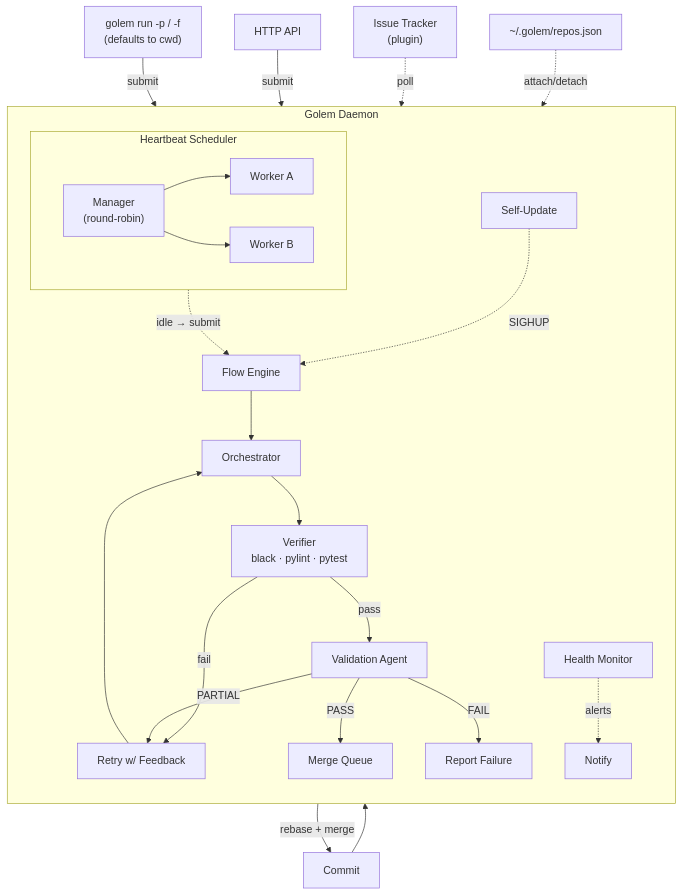
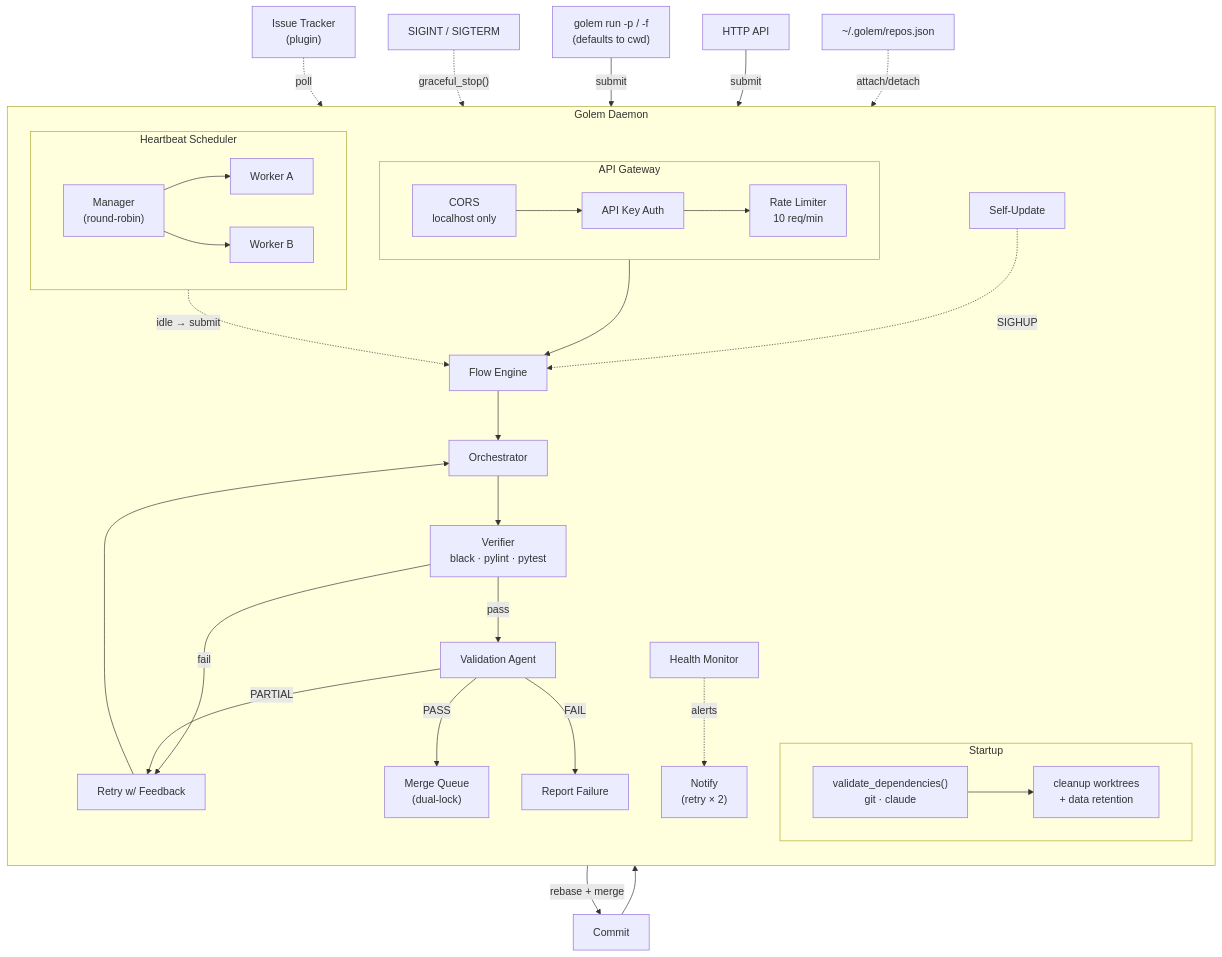
One commit to itsmeboris/Golem changed the first of 5 diagrams in docs/architecture.md. Above: the diagram before and after it, drawn with Mermaid. The commit also changed other lines of this file and 1 other file, not shown here.

Commit message:
docs: update mermaid diagrams for v0.3.0 security and startup features
- Daemon overview: add Startup (deps + cleanup), API Gateway (CORS, auth,
  rate limiter), graceful_stop signal, dual-lock on merge queue
- Profile diagram: add retry annotation on Slack/Teams notifiers
- README: add API Gateway node to simplified overview

````diff
--- a/docs/architecture.md
+++ b/docs/architecture.md
@@ -15,35 +15,46 @@
 ```mermaid
 flowchart TB
-    cli["golem run -p / -f<br/>(defaults to cwd)"] -- submit --> flow
-    api["HTTP API"] -- submit --> flow
+    cli["golem run -p / -f<br/>(defaults to cwd)"] -- submit --> api_gw
+    api["HTTP API"] -- submit --> api_gw
     tracker["Issue Tracker<br/>(plugin)"] -. poll .-> flow
 
     subgraph daemon ["Golem Daemon"]
         direction TB
 
-        flow["Flow Engine"]
+        subgraph startup ["Startup"]
+            direction LR
+            deps["validate_dependencies()<br/>git · claude"] --> cleanup["cleanup worktrees<br/>+ data retention"]
+        end
+
+        subgraph api_gw ["API Gateway"]
+            direction LR
+            cors["CORS<br/>localhost only"] --> auth["API Key Auth"] --> rl["Rate Limiter<br/>10 req/min"]
+        end
+
+        api_gw --> flow["Flow Engine"]
         flow --> orch["Orchestrator"]
 
         orch --> vfy["Verifier<br/>black · pylint · pytest"]
         vfy -- pass --> val["Validation Agent"]
         vfy -- fail --> retry["Retry w/ Feedback"]
         retry --> orch
 
-        val -- PASS --> mq["Merge Queue"]
+        val -- PASS --> mq["Merge Queue<br/>(dual-lock)"]
         val -- PARTIAL --> retry
         val -- FAIL --> report["Report Failure"]
 
         subgraph hb ["Heartbeat Scheduler"]
             direction LR
             sched["Manager<br/>(round-robin)"] --> w1["Worker A"]
             sched --> w2["Worker B"]
         end
         hb -. "idle → submit" .-> flow
         su["Self-Update"] -. SIGHUP .-> flow
         hm["Health Monitor"] -. alerts .-> notify
     end
 
     registry["~/.golem/repos.json"] -. "attach/detach" .-> hb
     mq -- "rebase + merge" --> commit["Commit"]
-    commit --> notify["Notify"]
+    commit --> notify["Notify<br/>(retry × 2)"]
+    sigterm["SIGINT / SIGTERM"] -. "graceful_stop()" .-> flow
 ```
````
